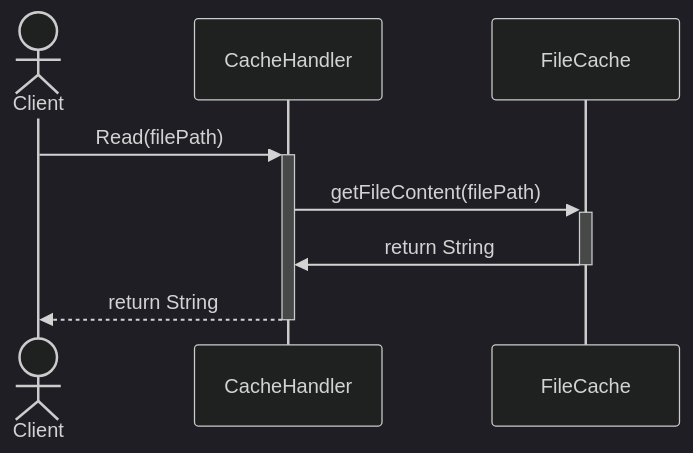
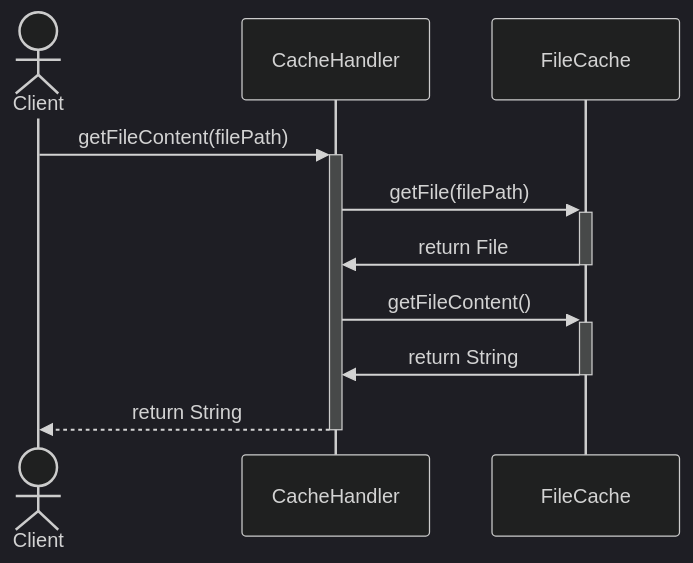
The third of 4 diagrams in diagram/sequence.md (kaitokimuraofficial/distributed-file-systems), drawn with Mermaid (dark theme) before and after one commit. The commit also changed other lines of this file, not shown here.

````diff
--- a/diagram/sequence.md
+++ b/diagram/sequence.md
@@ -38,12 +38,14 @@
 ```mermaid
 sequenceDiagram
 
   actor C as Client
   participant CH as CacheHandler
   participant FC as FileCache
 
-  C->>+CH: Read(filePath)
-  CH->>+FC: getFileContent(filePath)
+  C->>+CH: getFileContent(filePath)
+  CH->>+FC: getFile(filePath)
+  FC->>-CH: return File
+  CH->>+FC: getFileContent()
   FC->>-CH: return String
   CH-->>-C:  return String
 ```
````
